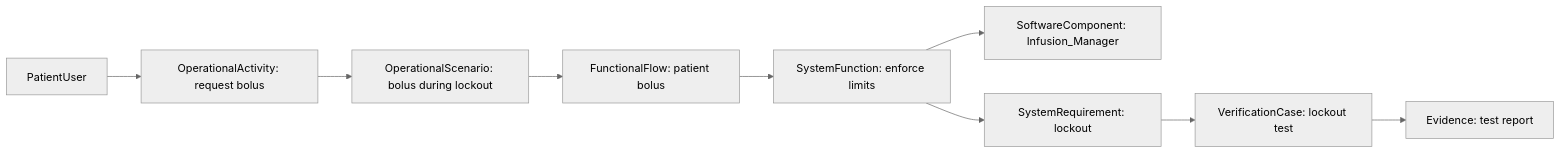
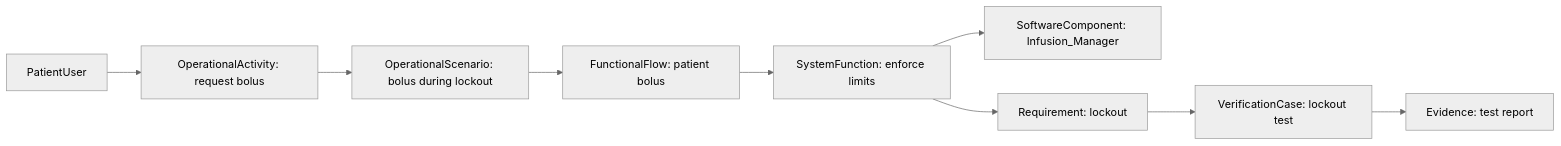
Before and after one commit to memoarchitect/memo: the diagram in docs/examples/gpca-walkthrough.md, drawn with Mermaid (neutral theme). The commit also changed 100 other files, not shown here.

````diff
--- a/docs/examples/gpca-walkthrough.md
+++ b/docs/examples/gpca-walkthrough.md
@@ -93,11 +93,11 @@
 ```mermaid
 flowchart LR
     Patient[PatientUser] --> Request[OperationalActivity: request bolus]
     Request --> Scenario[OperationalScenario: bolus during lockout]
     Scenario --> Chain[FunctionalFlow: patient bolus]
     Chain --> Limit[SystemFunction: enforce limits]
     Limit --> IM[SoftwareComponent: Infusion_Manager]
-    Limit --> Req[SystemRequirement: lockout]
+    Limit --> Req[Requirement: lockout]
     Req --> VC[VerificationCase: lockout test]
     VC --> Ev[Evidence: test report]
 ```
````
